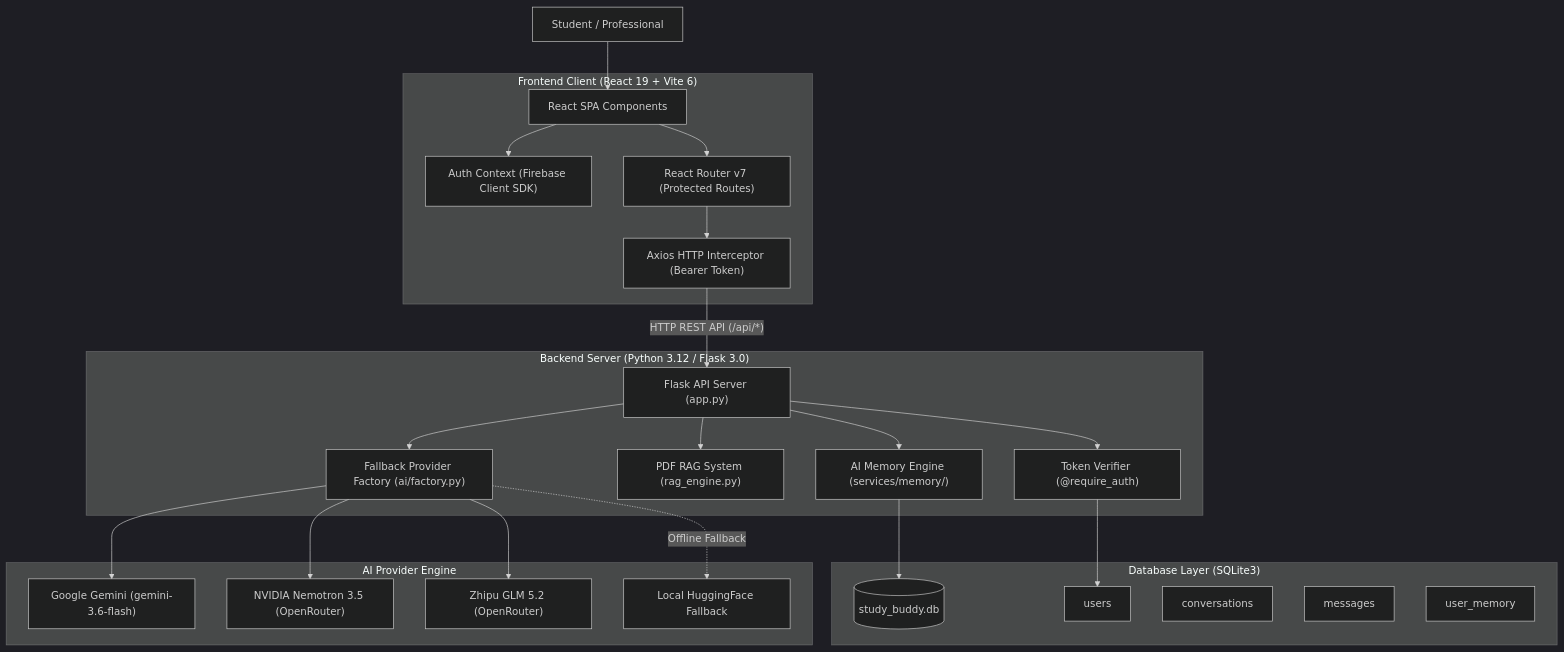
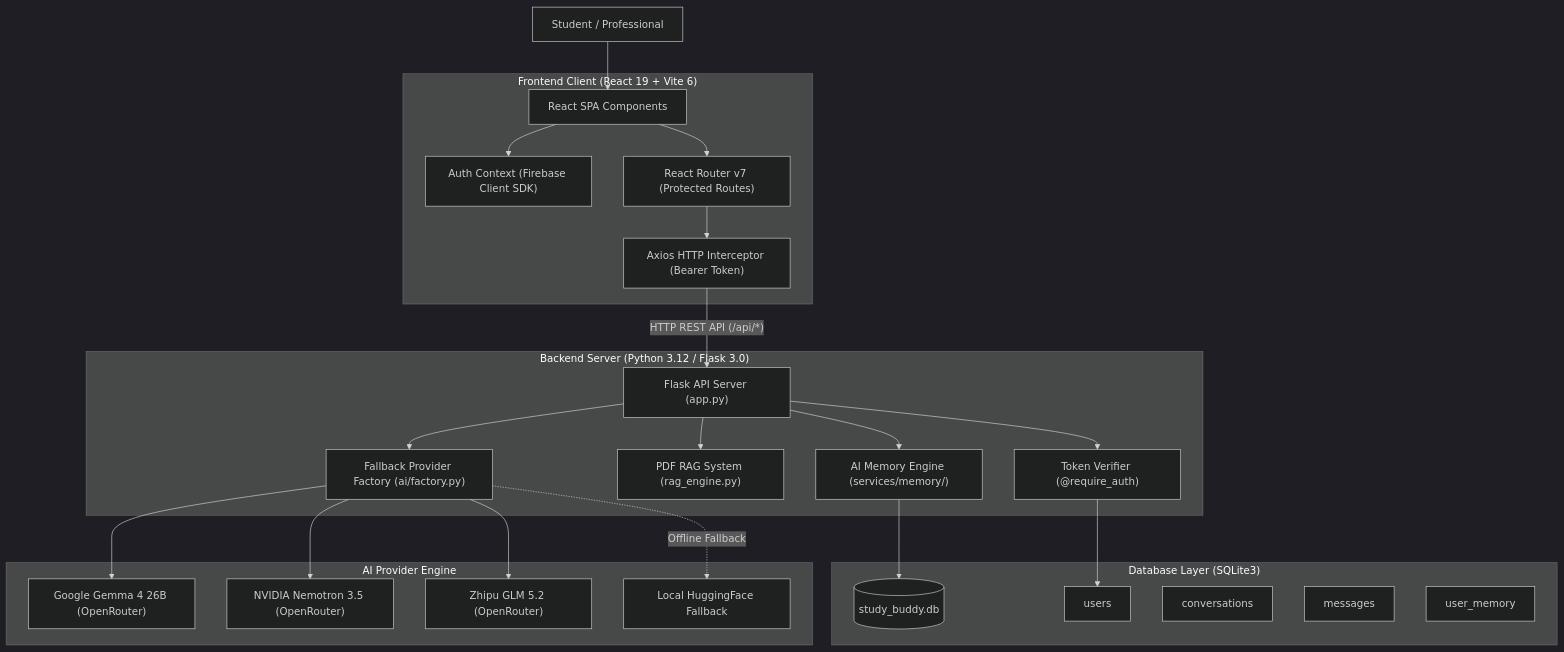
Before and after one commit to PrithviKiran791/Study_Buddy-: the diagram in README.md, drawn with Mermaid (dark theme). The commit also changed other lines of this file and 12 other files, not shown here.

Commit message:
Migrate AI provider from Google Gemini to OpenRouter Gemma 4 (google/gemma-4-26b-a4b-it) with low-latency streaming

````diff
--- a/README.md
+++ b/README.md
@@ -64,50 +64,50 @@
 ```mermaid
 flowchart TD
     User["Student / Professional"]
 
     subgraph Client["Frontend Client (React 19 + Vite 6)"]
         UI["React SPA Components"]
         AuthContext["Auth Context (Firebase Client SDK)"]
         Router["React Router v7 (Protected Routes)"]
         AxiosClient["Axios HTTP Interceptor (Bearer Token)"]
     end
 
     subgraph Server["Backend Server (Python 3.12 / Flask 3.0)"]
         FlaskApp["Flask API Server (app.py)"]
         AuthMiddleware["Token Verifier (@require_auth)"]
         RAGSystem["PDF RAG System (rag_engine.py)"]
         MemoryEngine["AI Memory Engine (services/memory/)"]
         AIFactory["Fallback Provider Factory (ai/factory.py)"]
     end
 
     subgraph Database["Database Layer (SQLite3)"]
         DB[(study_buddy.db)]
         UsersTbl["users"]
         ConvTbl["conversations"]
         MsgTbl["messages"]
         MemTbl["user_memory"]
     end
 
     subgraph AIProviders["AI Provider Engine"]
-        Gemini["Google Gemini (gemini-3.6-flash)"]
+        Gemma["Google Gemma 4 26B (OpenRouter)"]
         Nemotron["NVIDIA Nemotron 3.5 (OpenRouter)"]
         GLM["Zhipu GLM 5.2 (OpenRouter)"]
         HF["Local HuggingFace Fallback"]
     end
 
     User --> UI
     UI --> AuthContext
     UI --> Router
     Router --> AxiosClient
     AxiosClient -->|"HTTP REST API (/api/*)"| FlaskApp
     FlaskApp --> AuthMiddleware
     AuthMiddleware --> UsersTbl
     FlaskApp --> MemoryEngine
     MemoryEngine --> DB
     FlaskApp --> RAGSystem
     FlaskApp --> AIFactory
-    AIFactory --> Gemini
+    AIFactory --> Gemma
     AIFactory --> Nemotron
     AIFactory --> GLM
     AIFactory -.->|"Offline Fallback"| HF
 ```
````
